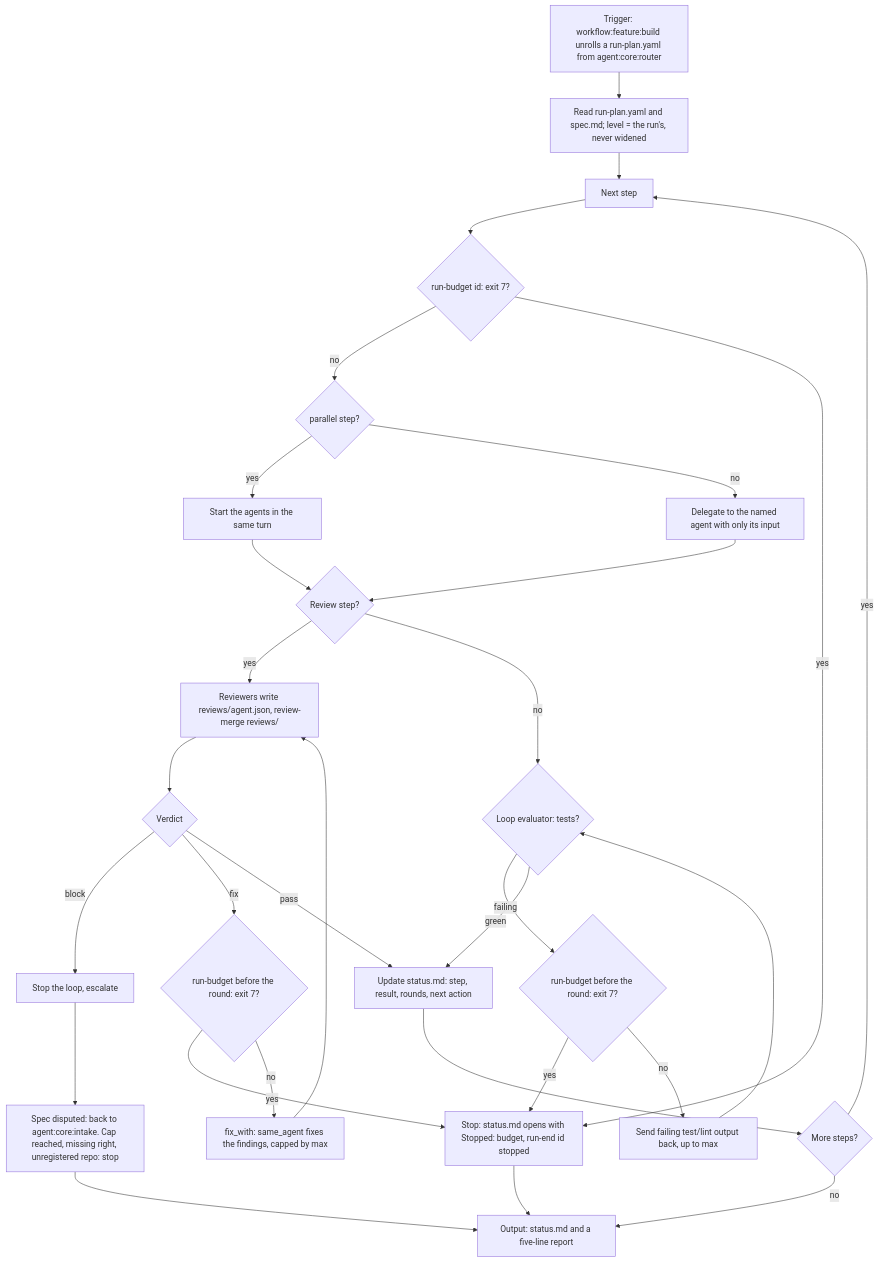
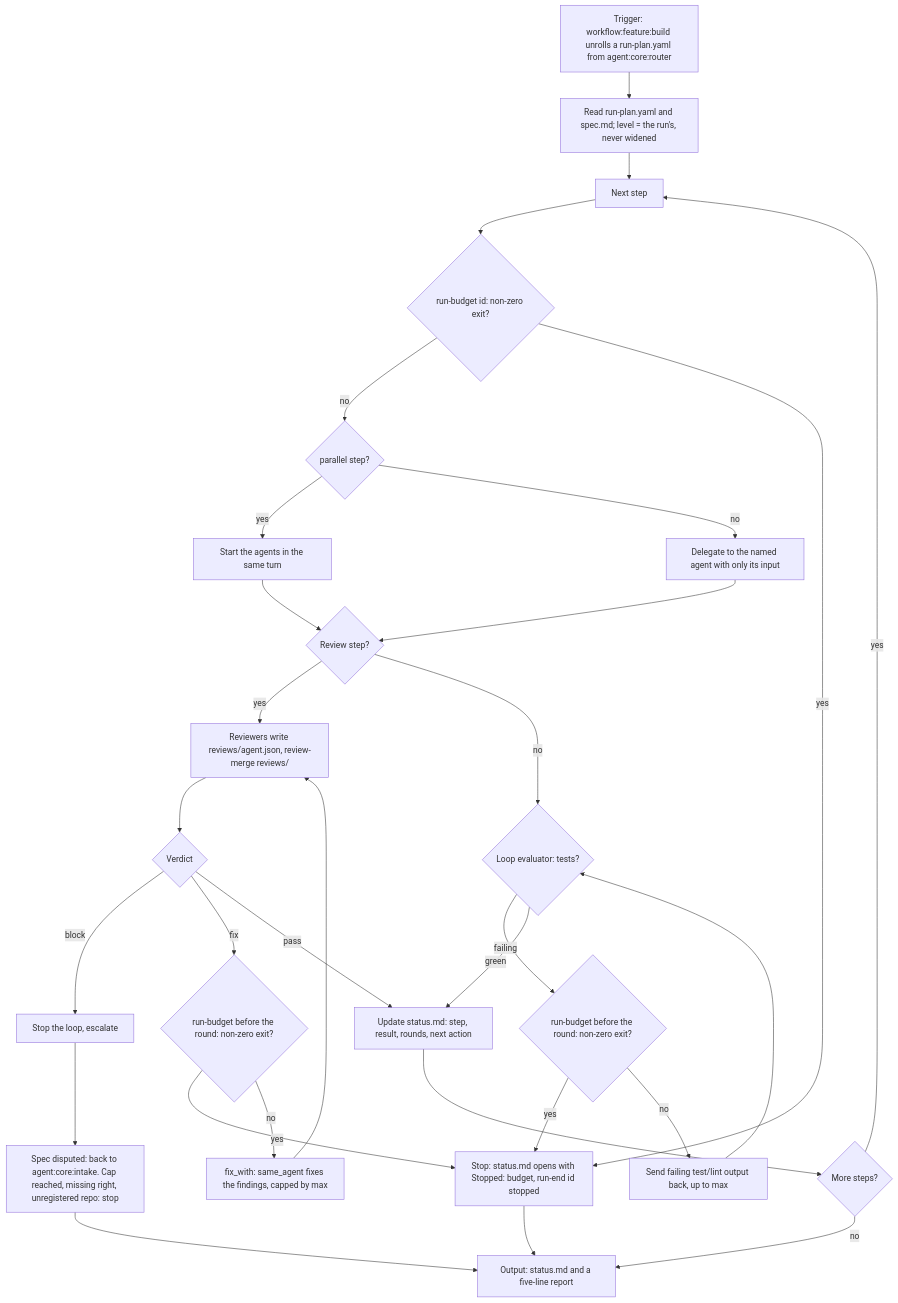
The diagram in src/skills/adorno-run-plan/SCHEMA.md (nicolasmondain/adorno), drawn with Mermaid before and after one commit. The commit also changed 14 other files, not shown here.

First line of the commit message:
fix(workflows): stop on any run-budget failure and pass --max-usd on

````diff
--- a/src/skills/adorno-run-plan/SCHEMA.md
+++ b/src/skills/adorno-run-plan/SCHEMA.md
@@ -3,32 +3,32 @@
 ```mermaid
 flowchart TD
   T["Trigger: workflow:feature:build unrolls a run-plan.yaml from agent:core:router"] --> RD["Read run-plan.yaml and spec.md; level = the run's, never widened"]
   RD --> ST["Next step"]
-  ST --> BG{"run-budget id: exit 7?"}
+  ST --> BG{"run-budget id: non-zero exit?"}
   BG -->|"no"| P{"parallel step?"}
   BG -->|"yes"| BS["Stop: status.md opens with Stopped: budget, run-end id stopped"]
   P -->|"yes"| PA["Start the agents in the same turn"]
   P -->|"no"| SA["Delegate to the named agent with only its input"]
   PA --> RV
   SA --> RV{"Review step?"}
   RV -->|"yes"| MG["Reviewers write reviews/agent.json, review-merge reviews/"]
   RV -->|"no"| LP{"Loop evaluator: tests?"}
   MG --> VD{"Verdict"}
   VD -->|"block"| ESC["Stop the loop, escalate"]
-  VD -->|"fix"| BF{"run-budget before the round: exit 7?"}
+  VD -->|"fix"| BF{"run-budget before the round: non-zero exit?"}
   BF -->|"yes"| BS
   BF -->|"no"| FX["fix_with: same_agent fixes the findings, capped by max"]
   VD -->|"pass"| UP
   FX --> MG
-  LP -->|"failing"| BL{"run-budget before the round: exit 7?"}
+  LP -->|"failing"| BL{"run-budget before the round: non-zero exit?"}
   BL -->|"yes"| BS
   BL -->|"no"| RT["Send failing test/lint output back, up to max"]
   RT --> LP
   LP -->|"green"| UP["Update status.md: step, result, rounds, next action"]
   ESC --> IN["Spec disputed: back to agent:core:intake. Cap reached, missing right, unregistered repo: stop"]
   UP --> MORE{"More steps?"}
   MORE -->|"yes"| ST
   MORE -->|"no"| OUT["Output: status.md and a five-line report"]
   IN --> OUT
   BS --> OUT
 ```
````
